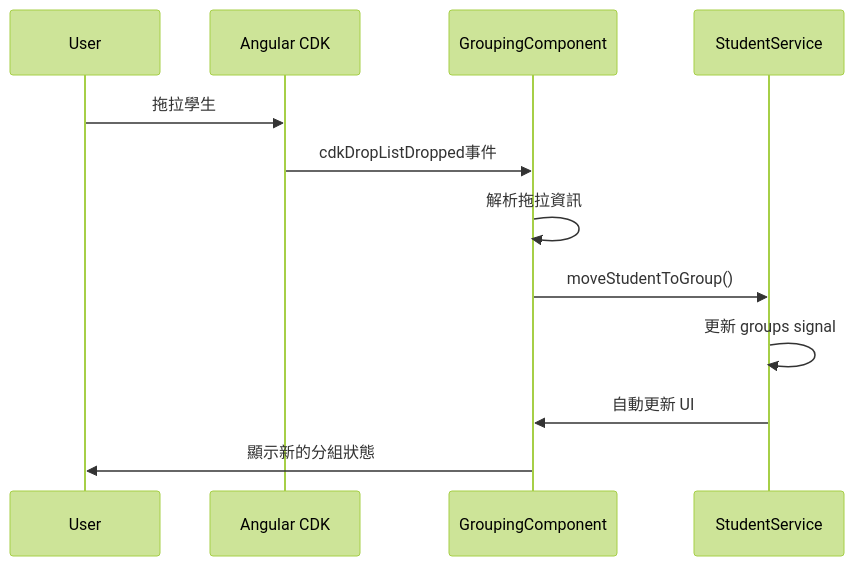
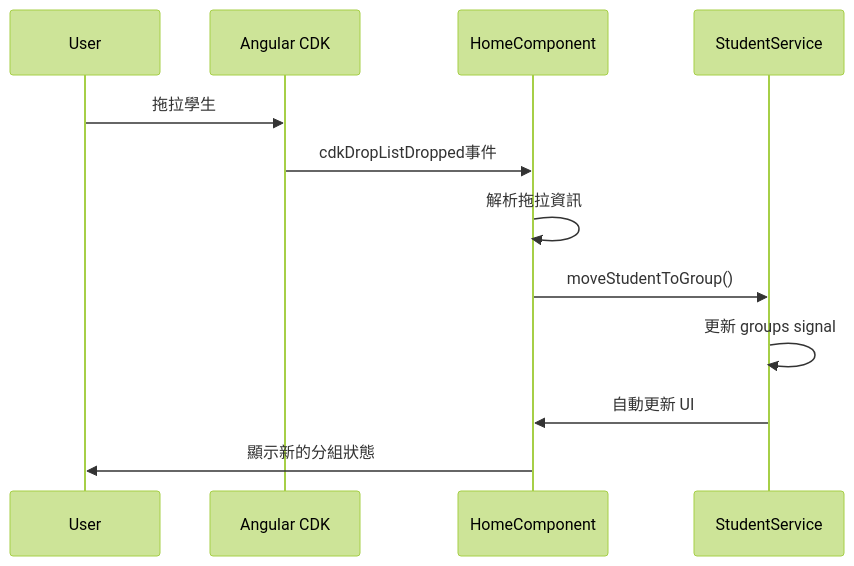
One commit to kuanchungfeng/TeamShuffle changed the second of 2 diagrams in docs/technical-documentation.md. Above: the diagram before and after it, drawn with Mermaid (forest theme). The commit also changed other lines of this file and 9 other files, not shown here.

First line of the commit message:
refactor: remove grouping component and integrate functionality into home component

````diff
--- a/docs/technical-documentation.md
+++ b/docs/technical-documentation.md
@@ -260,15 +269,15 @@
 ```mermaid
 sequenceDiagram
     participant U as User
     participant CDK as Angular CDK
-    participant GC as GroupingComponent
+    participant HC as HomeComponent
     participant SS as StudentService
 
     U->>CDK: 拖拉學生
-    CDK->>GC: cdkDropListDropped事件
-    GC->>GC: 解析拖拉資訊
-    GC->>SS: moveStudentToGroup()
+    CDK->>HC: cdkDropListDropped事件
+    HC->>HC: 解析拖拉資訊
+    HC->>SS: moveStudentToGroup()
     SS->>SS: 更新 groups signal
-    SS->>GC: 自動更新 UI
-    GC->>U: 顯示新的分組狀態
+    SS->>HC: 自動更新 UI
+    HC->>U: 顯示新的分組狀態
 ```
````
